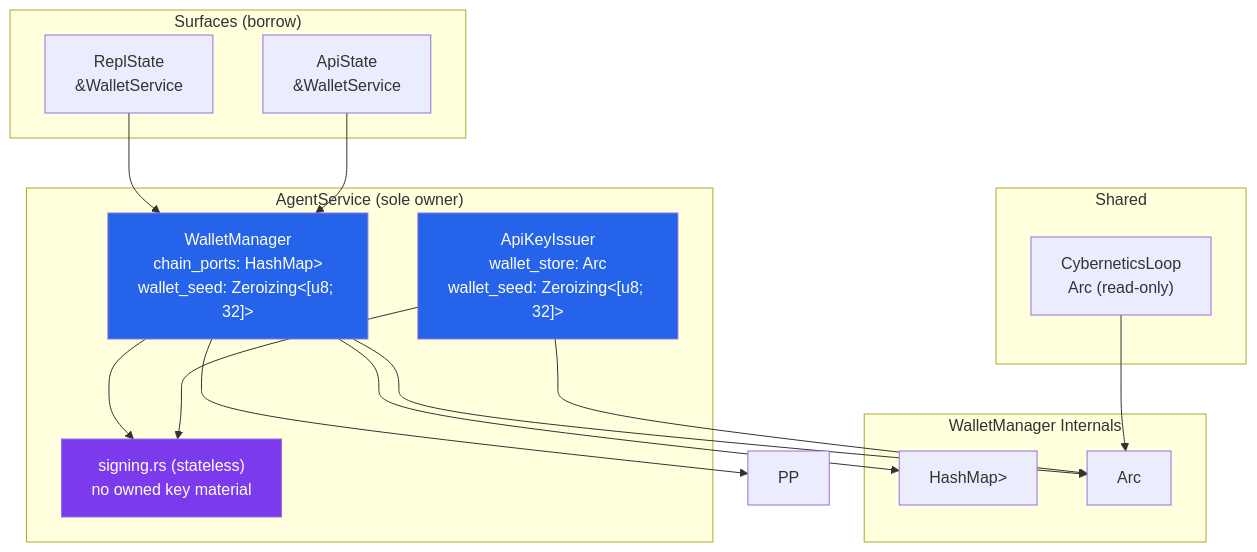
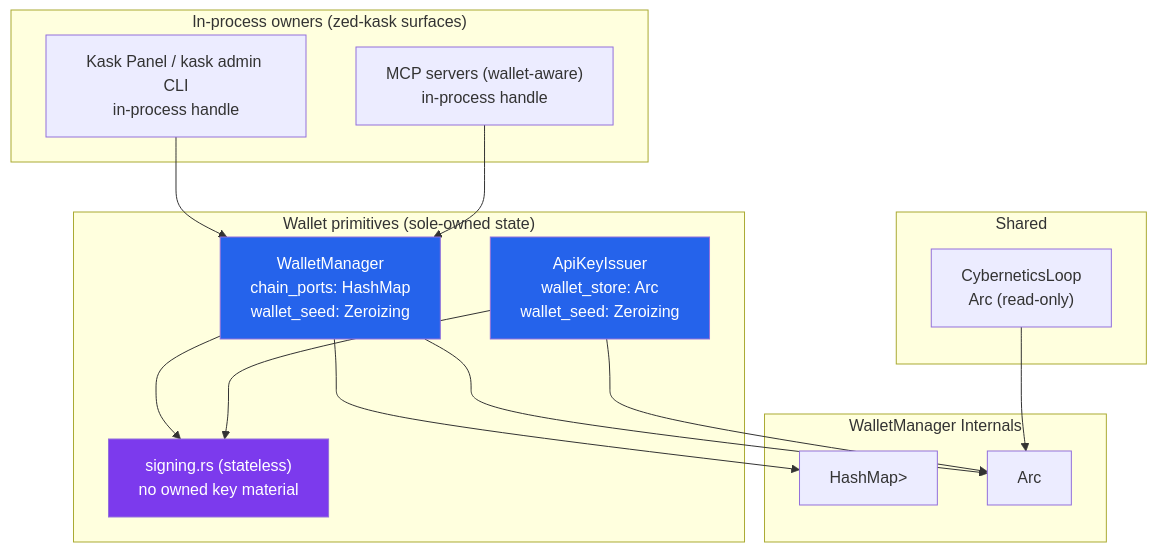
Before and after one commit to mdz-axo/zed-kask: the fourth of 4 diagrams in kask/docs/architecture/wallet-specification.md, drawn with Mermaid. The commit also changed other lines of this file and 24 other files, not shown here.

````diff
--- a/kask/docs/architecture/wallet-specification.md
+++ b/kask/docs/architecture/wallet-specification.md
@@ -375,36 +396,35 @@
 ```mermaid
 graph TD
-    subgraph "AgentService (sole owner)"
-        WM["WalletManager<br/>chain_ports: HashMap<ChainId, Box<dyn ChainPort>><br/>wallet_seed: Zeroizing<[u8; 32]>"]
-                ISS["ApiKeyIssuer<br/>wallet_store: Arc<WalletStore><br/>wallet_seed: Zeroizing<[u8; 32]>"]
-                SIGN["signing.rs (stateless)<br/>no owned key material"]
-            end
+    subgraph "In-process owners (zed-kask surfaces)"
+        PANEL["Kask Panel / kask admin CLI<br/>in-process handle"]
+        MCP["MCP servers (wallet-aware)<br/>in-process handle"]
+    end
 
-            subgraph "WalletManager Internals"
-                CP["HashMap<ChainId, Box<dyn ChainPort>>"]
-                WS["Arc<WalletStore>"]
+    subgraph "Wallet primitives (sole-owned state)"
+        WM["WalletManager<br/>chain_ports: HashMap<br/>wallet_seed: Zeroizing"]
+        ISS["ApiKeyIssuer<br/>wallet_store: Arc<br/>wallet_seed: Zeroizing"]
+        SIGN["signing.rs (stateless)<br/>no owned key material"]
+    end
+
+    subgraph "WalletManager Internals"
+        CP["HashMap<ChainId, Box<dyn ChainPort>>"]
+        WS["Arc<WalletStore>"]
     end
 
     subgraph "Shared"
         Regulation["CyberneticsLoop<br/>Arc<WalletStore> (read-only)"]
     end
 
-    subgraph "Surfaces (borrow)"
-        CLI["ReplState<br/>&WalletService"]
-        API["ApiState<br/>&WalletService"]
-    end
-
+    PANEL --> WM
+    MCP --> WM
     WM --> CP
-    WM --> PP
     WM --> WS
     ISS --> WS
     Regulation --> WS
-    CLI --> WM
-    API --> WM
     WM --> SIGN
     ISS --> SIGN
 
     style SIGN fill:#7c3aed,color:#fff
     style WM fill:#2563eb,color:#fff
     style ISS fill:#2563eb,color:#fff
 ```
````
